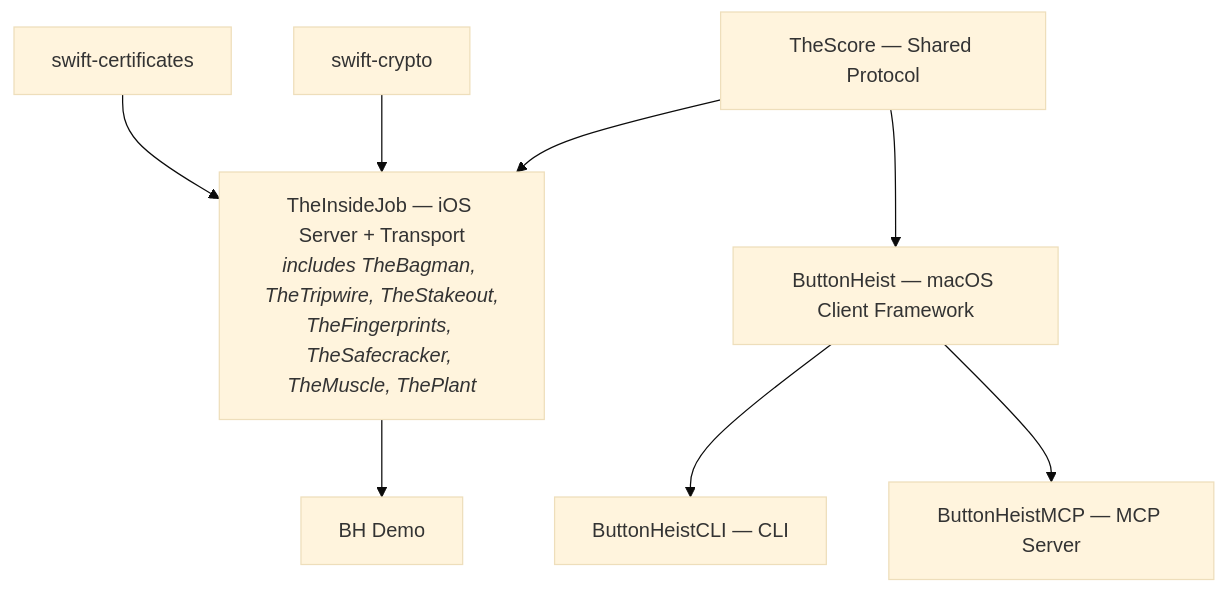
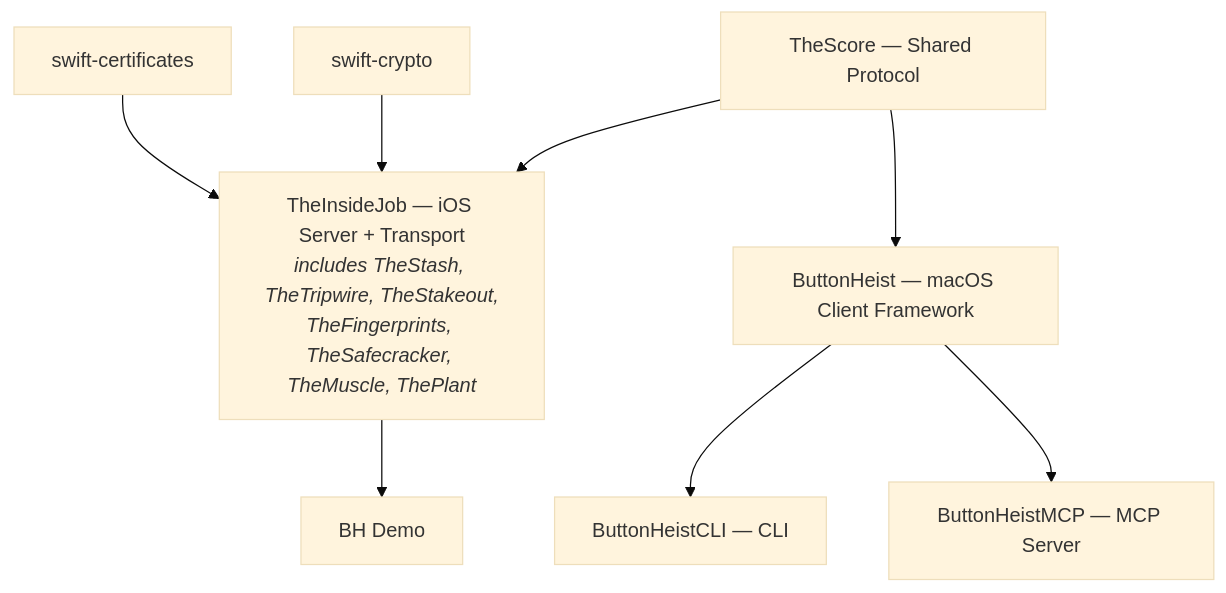
One commit to RoyalPineapple/TheButtonHeist changed the first of 2 diagrams in docs/dossiers/00-OVERVIEW.md. Above: the diagram before and after it, drawn with Mermaid (base theme). The commit also changed other lines of this file and 71 other files, not shown here.

First line of the commit message:
Decompose TheBagman → TheStash + TheBurglar + TheBrains (#248)

````diff
--- a/docs/dossiers/00-OVERVIEW.md
+++ b/docs/dossiers/00-OVERVIEW.md
@@ -42,20 +44,20 @@
 ```mermaid
 graph TD
     TheScore["TheScore — Shared Protocol"]
-    TheInsideJob["TheInsideJob — iOS Server + Transport<br/><i>includes TheBagman, TheTripwire, TheStakeout,<br/>TheFingerprints, TheSafecracker, TheMuscle, ThePlant</i>"]
+    TheInsideJob["TheInsideJob — iOS Server + Transport<br/><i>includes TheStash, TheTripwire, TheStakeout,<br/>TheFingerprints, TheSafecracker, TheMuscle, ThePlant</i>"]
     ButtonHeist["ButtonHeist — macOS Client Framework"]
     CLI["ButtonHeistCLI — CLI"]
     MCP["ButtonHeistMCP — MCP Server"]
     TestApp["BH Demo"]
 
     Crypto["swift-crypto"]
     X509["swift-certificates"]
 
     TheScore --> TheInsideJob
     Crypto --> TheInsideJob
     X509 --> TheInsideJob
     TheScore --> ButtonHeist
     ButtonHeist --> CLI
     ButtonHeist --> MCP
     TheInsideJob --> TestApp
 ```
````
